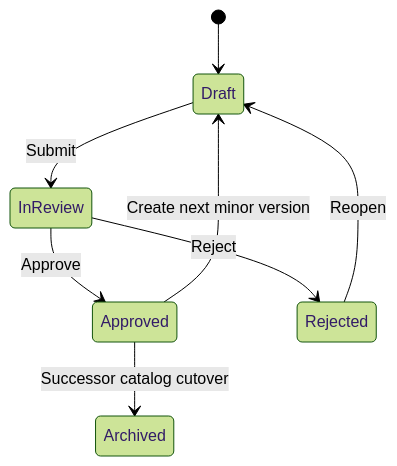
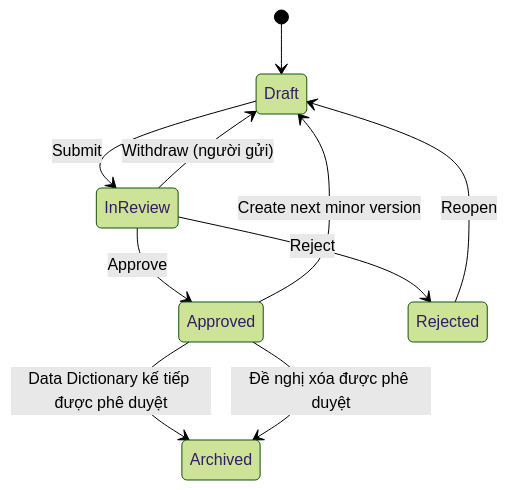
One commit to dinhphu2k1-gif/OpenMetadata changed the second of 2 diagrams in docs/design/dq-glossary-ui-design.md. Above: the diagram before and after it, drawn with Mermaid (forest theme). The commit also changed other lines of this file and 25 other files, not shown here.

````diff
--- a/docs/design/dq-glossary-ui-design.md
+++ b/docs/design/dq-glossary-ui-design.md
@@ -193,10 +197,12 @@
 ```mermaid
 stateDiagram-v2
   [*] --> Draft
   Draft --> InReview: Submit
   InReview --> Approved: Approve
   InReview --> Rejected: Reject
   Rejected --> Draft: Reopen
+  InReview --> Draft: Withdraw (người gửi)
   Approved --> Draft: Create next minor version
-  Approved --> Archived: Successor catalog cutover
+  Approved --> Archived: Data Dictionary kế tiếp được phê duyệt
+  Approved --> Archived: Đề nghị xóa được phê duyệt
 ```
````
